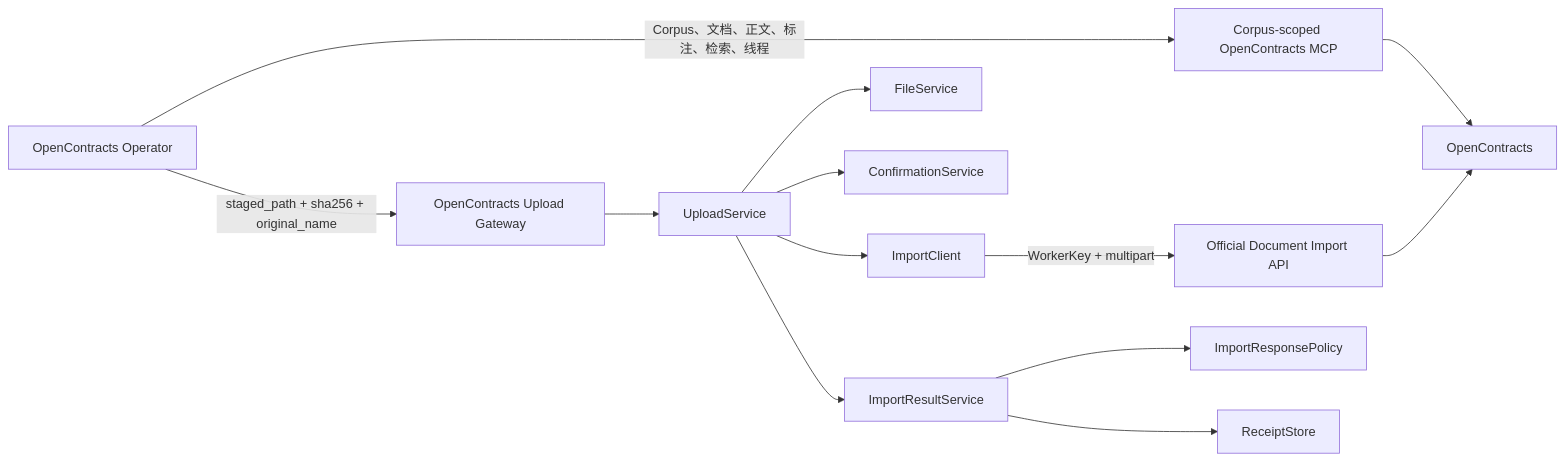
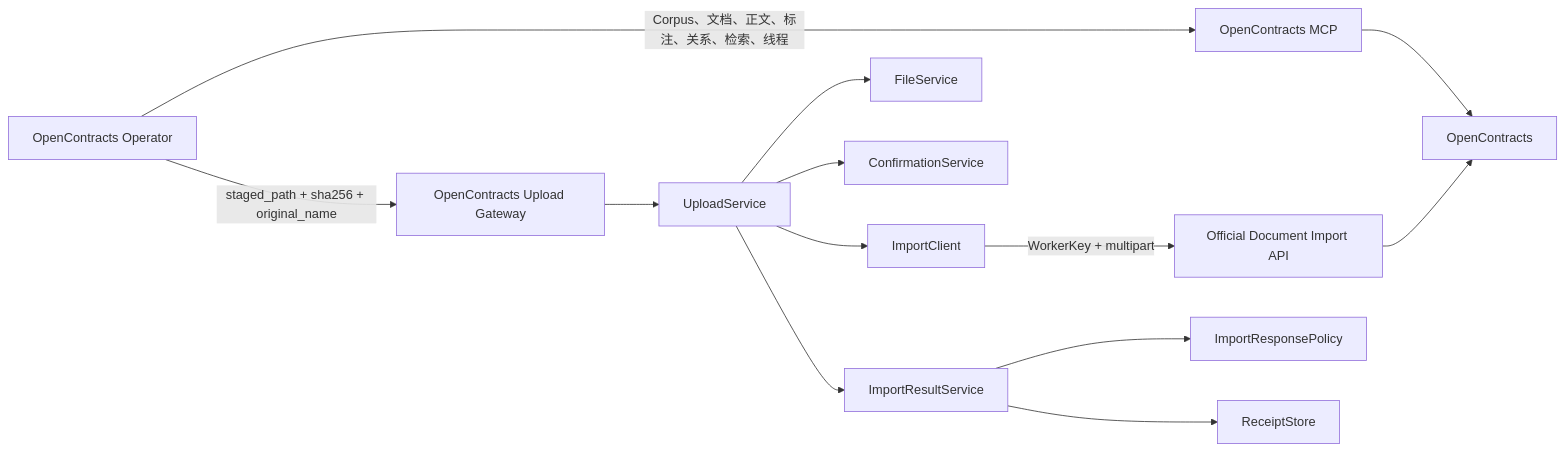
One commit to Ri0n72Y/ContractBotConfig changed the first of 3 diagrams in plugins/astrbot_plugin_opencontracts_gateway/README.md. Above: the diagram before and after it, drawn with Mermaid. The commit also changed other lines of this file, not shown here.

Commit message:
docs: complete gateway MCP integration map

````diff
--- a/plugins/astrbot_plugin_opencontracts_gateway/README.md
+++ b/plugins/astrbot_plugin_opencontracts_gateway/README.md
@@ -18,28 +18,28 @@
 ```mermaid
 flowchart LR
     Operator[OpenContracts Operator]
-    MCP[Corpus-scoped OpenContracts MCP]
+    MCP[OpenContracts MCP]
     Gateway[OpenContracts Upload Gateway]
     FileService[FileService]
     Confirmation[ConfirmationService]
     UploadService[UploadService]
     ResponsePolicy[ImportResponsePolicy]
     ResultService[ImportResultService]
     ImportClient[ImportClient]
     ReceiptStore[ReceiptStore]
     ImportAPI[Official Document Import API]
     OC[OpenContracts]
 
-    Operator -->|Corpus、文档、正文、标注、检索、线程| MCP
+    Operator -->|Corpus、文档、正文、标注、关系、检索、线程| MCP
     MCP --> OC
     Operator -->|staged_path + sha256 + original_name| Gateway
     Gateway --> UploadService
     UploadService --> FileService
     UploadService --> Confirmation
     UploadService --> ImportClient
     ImportClient -->|WorkerKey + multipart| ImportAPI
     ImportAPI --> OC
     UploadService --> ResultService
     ResultService --> ResponsePolicy
     ResultService --> ReceiptStore
 ```
````
